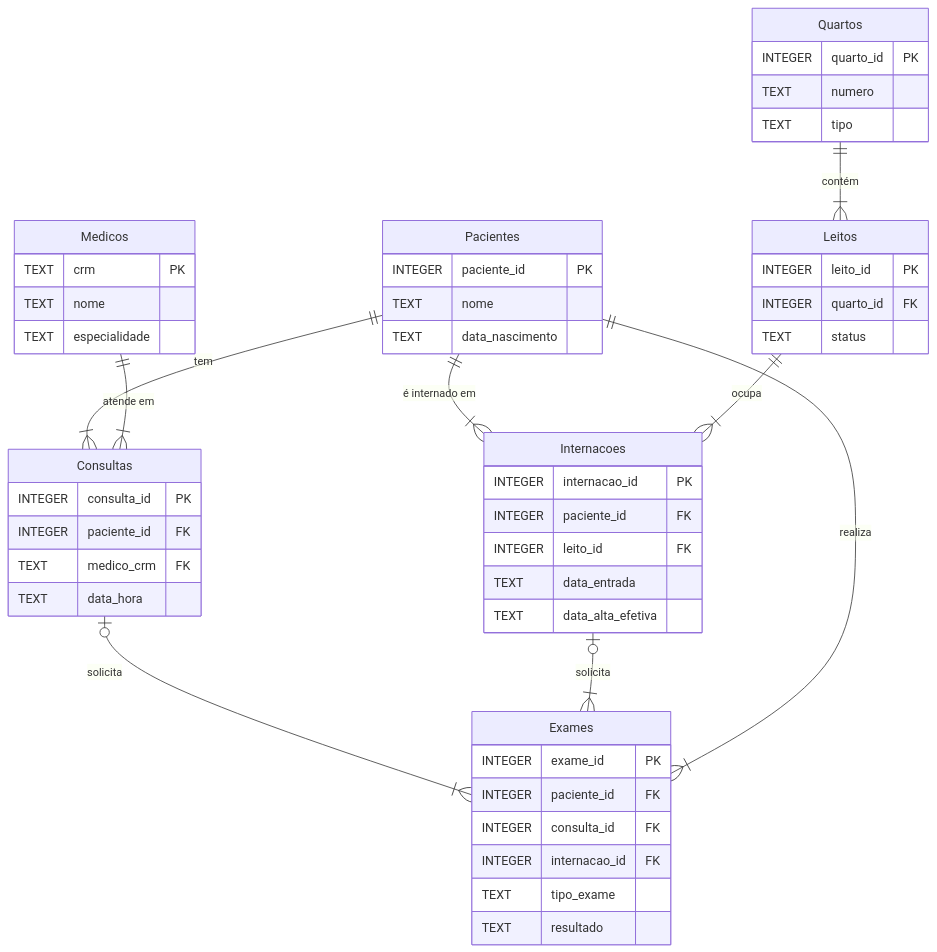
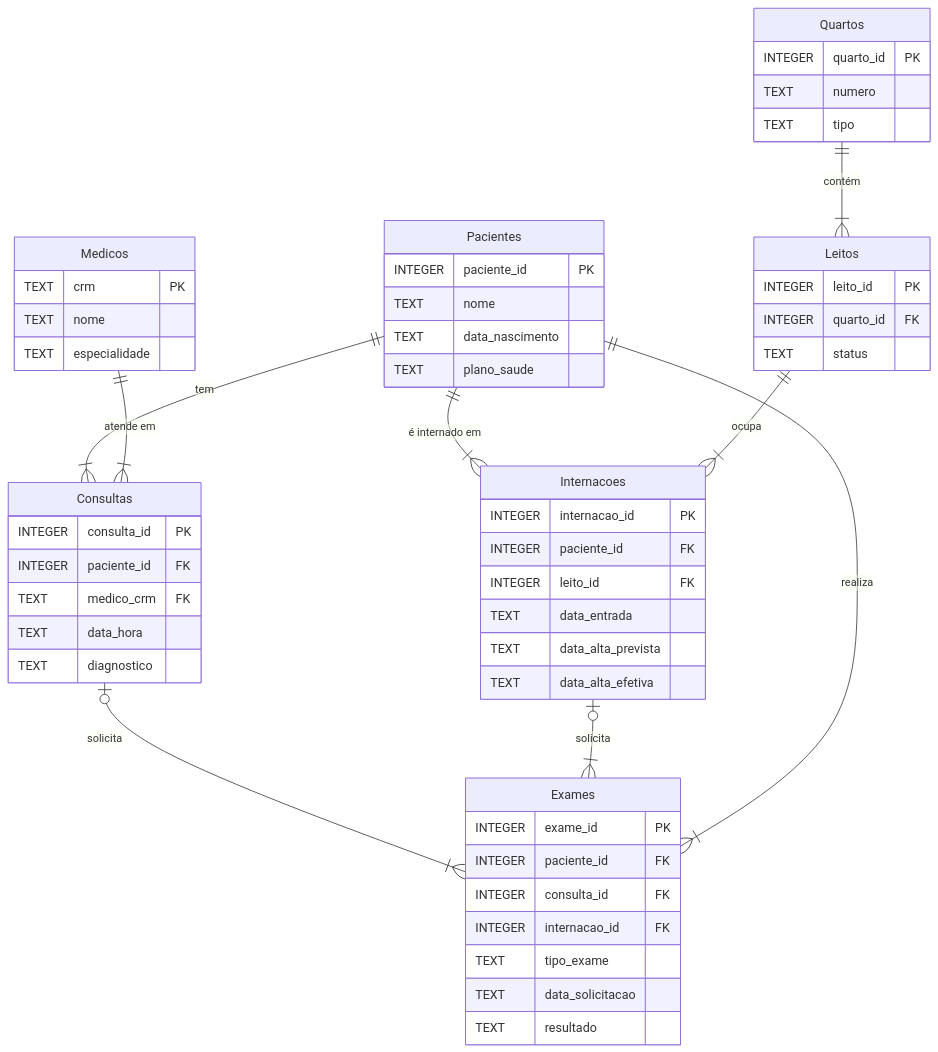
The diagram in diagramas/mer_10_hospitalar.md (Gabriel-Freitas-S/db-modeling-c2), drawn with Mermaid before and after one commit. The commit also changed 3 other files, not shown here.

Commit message:
Atualiza diagramas MER para o sistema hospitalar, locadora de veículos e universidade, adicionando novos atributos e relacionamentos. Melhora a descrição dos relacionamentos no contexto de dados.

````diff
--- a/diagramas/mer_10_hospitalar.md
+++ b/diagramas/mer_10_hospitalar.md
@@ -3,53 +3,57 @@
 ```mermaid
 erDiagram
     Pacientes {
         INTEGER paciente_id PK
         TEXT nome
         TEXT data_nascimento
+        TEXT plano_saude
     }
     Medicos {
         TEXT crm PK
         TEXT nome
         TEXT especialidade
     }
     Quartos {
         INTEGER quarto_id PK
         TEXT numero
         TEXT tipo
     }
     Leitos {
         INTEGER leito_id PK
         INTEGER quarto_id FK
         TEXT status
     }
     Consultas {
         INTEGER consulta_id PK
         INTEGER paciente_id FK
         TEXT medico_crm FK
         TEXT data_hora
+        TEXT diagnostico
     }
     Internacoes {
         INTEGER internacao_id PK
         INTEGER paciente_id FK
         INTEGER leito_id FK
         TEXT data_entrada
+        TEXT data_alta_prevista
         TEXT data_alta_efetiva
     }
     Exames {
         INTEGER exame_id PK
         INTEGER paciente_id FK
         INTEGER consulta_id FK
         INTEGER internacao_id FK
         TEXT tipo_exame
+        TEXT data_solicitacao
         TEXT resultado
     }
 
     Pacientes ||--|{ Consultas : "tem"
     Medicos ||--|{ Consultas : "atende em"
     Pacientes ||--|{ Internacoes : "é internado em"
     Leitos ||--|{ Internacoes : "ocupa"
     Quartos ||--|{ Leitos : "contém"
     Consultas |o--|{ Exames : "solicita"
     Internacoes |o--|{ Exames : "solicita"
     Pacientes ||--|{ Exames : "realiza"
 ```
````
